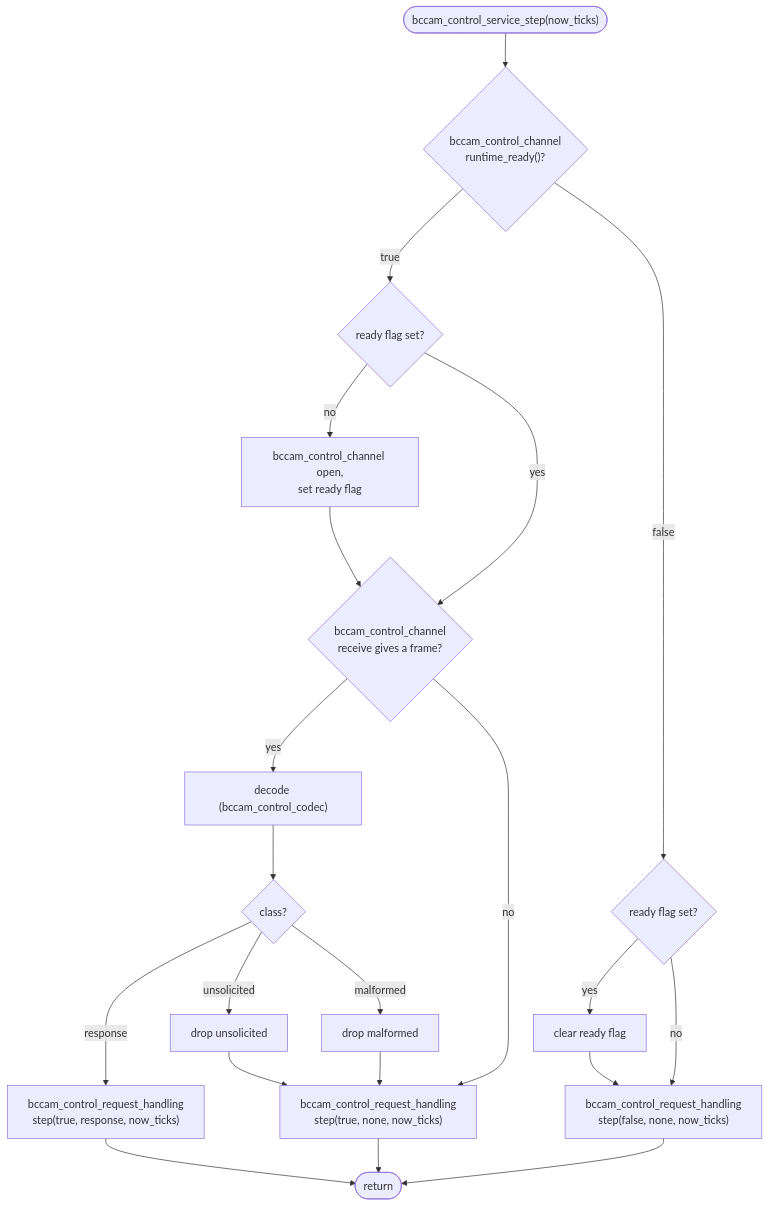
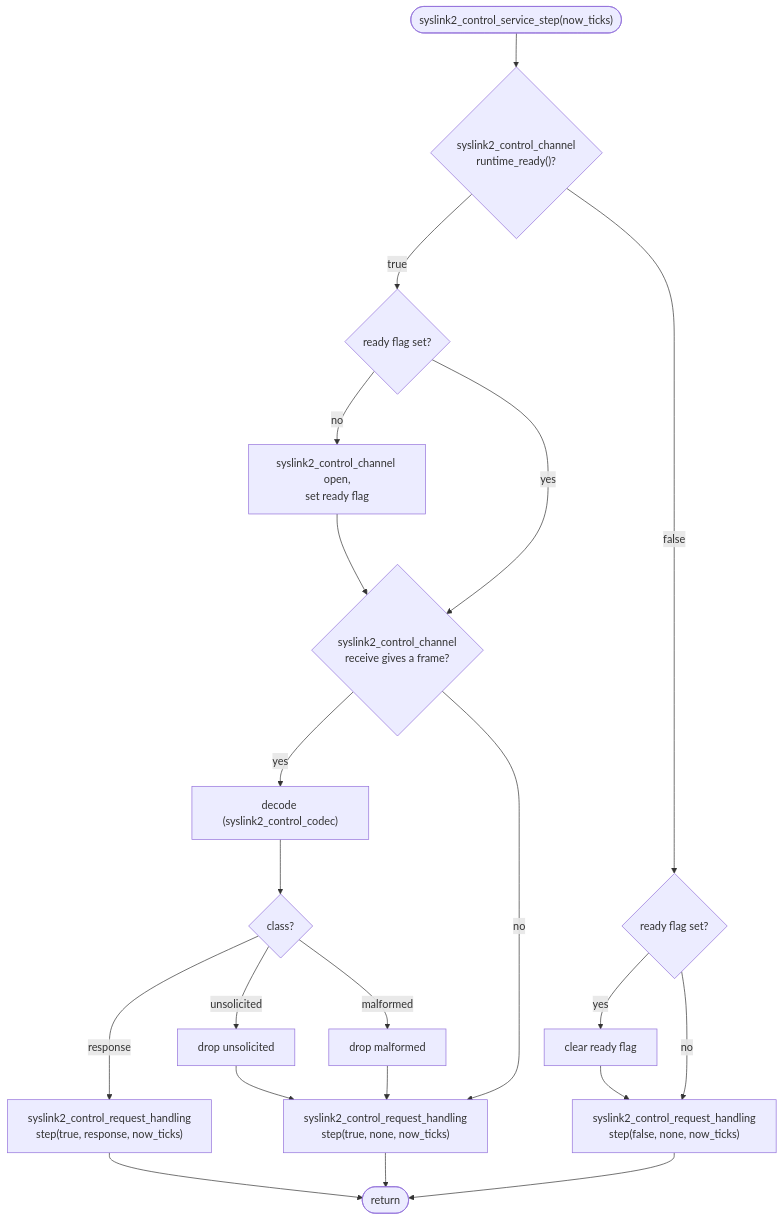
One commit to bitcraze/crazyflie-firmware changed the sixth of 10 diagrams in docs/functional-areas/camera-deck-control.md. Above: the diagram before and after it, drawn with Mermaid. The commit also changed other lines of this file, not shown here.

Commit message:
docs: Renamed bccam_ to syslink2_

````diff
--- a/docs/functional-areas/camera-deck-control.md
+++ b/docs/functional-areas/camera-deck-control.md
@@ -712,39 +712,39 @@
 ```mermaid
 flowchart TD
-    s0(["bccam_control_service_step(now_ticks)"])
-    r0{"bccam_control_channel<br/>runtime_ready()?"}
+    s0(["syslink2_control_service_step(now_ticks)"])
+    r0{"syslink2_control_channel<br/>runtime_ready()?"}
 
     r1{"ready flag set?"}
-    r2["bccam_control_channel open,<br/>set ready flag"]
-    f0{"bccam_control_channel<br/>receive gives a frame?"}
-    f1["decode (bccam_control_codec)"]
+    r2["syslink2_control_channel open,<br/>set ready flag"]
+    f0{"syslink2_control_channel<br/>receive gives a frame?"}
+    f1["decode (syslink2_control_codec)"]
     f2{"class?"}
     fu["drop unsolicited"]
     fm["drop malformed"]
-    h1["bccam_control_request_handling<br/>step(true, response, now_ticks)"]
-    h2["bccam_control_request_handling<br/>step(true, none, now_ticks)"]
+    h1["syslink2_control_request_handling<br/>step(true, response, now_ticks)"]
+    h2["syslink2_control_request_handling<br/>step(true, none, now_ticks)"]
 
     n1{"ready flag set?"}
     n2["clear ready flag"]
-    h3["bccam_control_request_handling<br/>step(false, none, now_ticks)"]
+    h3["syslink2_control_request_handling<br/>step(false, none, now_ticks)"]
 
     e0(["return"])
 
     s0 --> r0
     r0 -- "true" --> r1
     r1 -- "no" --> r2 --> f0
     r1 -- "yes" --> f0
     f0 -- "yes" --> f1 --> f2
     f0 -- "no" --> h2
     f2 -- "response" --> h1
     f2 -- "unsolicited" --> fu --> h2
     f2 -- "malformed" --> fm --> h2
 
     r0 -- "false" --> n1
     n1 -- "yes" --> n2 --> h3
     n1 -- "no" --> h3
 
     h1 --> e0
     h2 --> e0
     h3 --> e0
 ```
````
